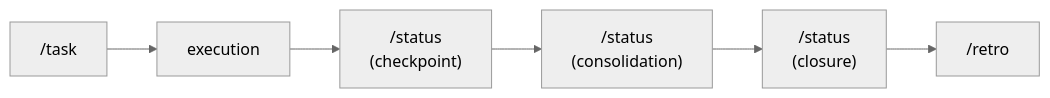
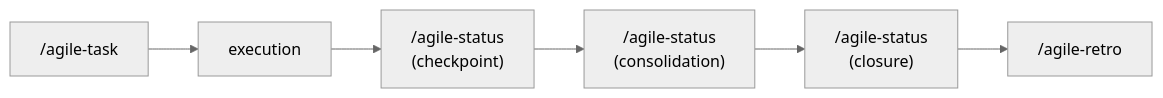
One commit to djalmajr/essential-skills changed the diagram in skills/agile-status/SKILL.md. Above: the diagram before and after it, drawn with Mermaid (neutral theme). The commit also changed other lines of this file and 16 other files, not shown here.

````diff
--- a/skills/agile-status/SKILL.md
+++ b/skills/agile-status/SKILL.md
@@ -120,8 +120,8 @@
 ```mermaid
 flowchart LR
-    A["/task"] --> B[execution]
-    B --> C["/status<br>(checkpoint)"]
-    C --> D["/status<br>(consolidation)"]
-    D --> E["/status<br>(closure)"]
-    E --> F["/retro"]
+    A["/agile-task"] --> B[execution]
+    B --> C["/agile-status<br>(checkpoint)"]
+    C --> D["/agile-status<br>(consolidation)"]
+    D --> E["/agile-status<br>(closure)"]
+    E --> F["/agile-retro"]
 ```
````
